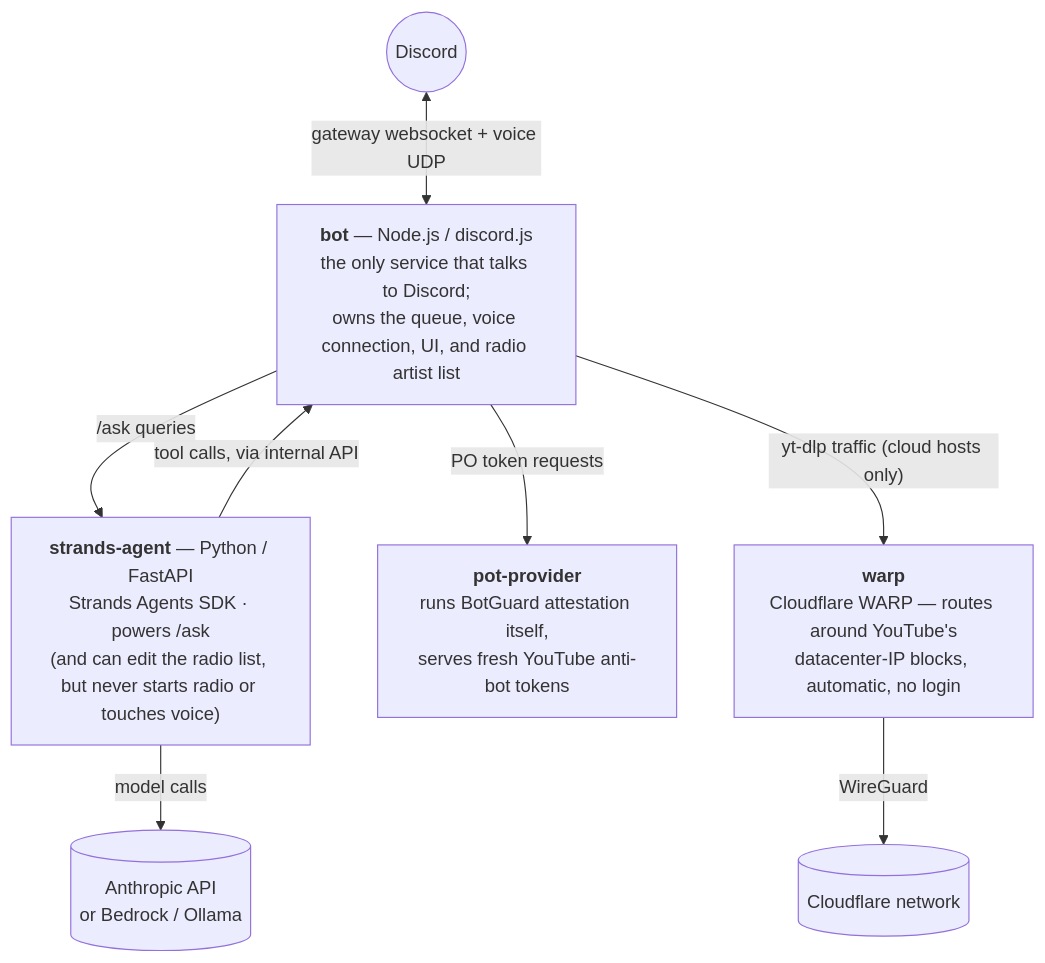
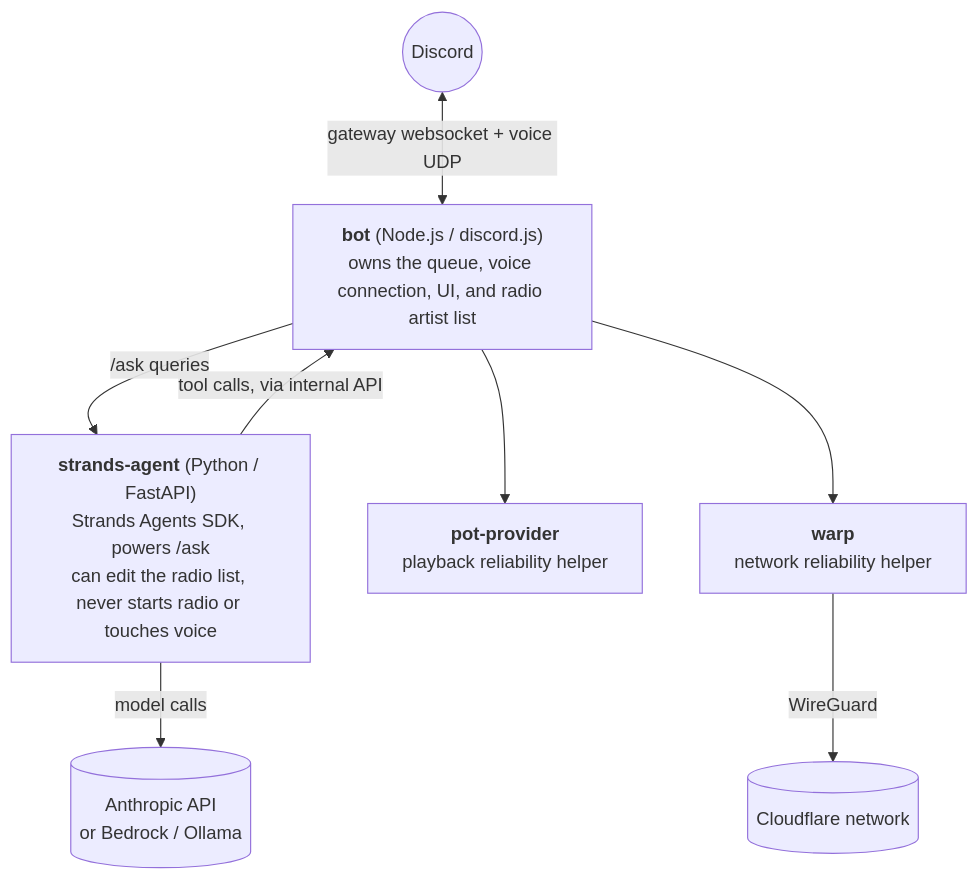
One commit to mishkamouse/dj-tyga-discord-music-bot changed the diagram in README.md. Above: the diagram before and after it, drawn with Mermaid. The commit also changed other lines of this file and 38 other files, not shown here.

````diff
--- a/README.md
+++ b/README.md
@@ -107,17 +98,17 @@
 ```mermaid
 flowchart TD
     Discord((Discord)) <-->|gateway websocket + voice UDP| Bot
 
-    Bot["<b>bot</b> — Node.js / discord.js<br/>the only service that talks to Discord;<br/>owns the queue, voice connection, UI, and radio artist list"]
+    Bot["<b>bot</b> (Node.js / discord.js)<br/>owns the queue, voice connection, UI, and radio artist list"]
     Bot -->|"/ask queries"| Agent
     Agent -->|"tool calls, via internal API"| Bot
-    Bot -->|PO token requests| Pot
-    Bot -->|"yt-dlp traffic (cloud hosts only)"| Warp
+    Bot --> Pot
+    Bot --> Warp
 
-    Agent["<b>strands-agent</b> — Python / FastAPI<br/>Strands Agents SDK · powers /ask<br/>(and can edit the radio list, but never starts radio or touches voice)"]
+    Agent["<b>strands-agent</b> (Python / FastAPI)<br/>Strands Agents SDK, powers /ask<br/>can edit the radio list, never starts radio or touches voice"]
     Agent -->|model calls| LLM[("Anthropic API<br/>or Bedrock / Ollama")]
 
-    Pot["<b>pot-provider</b><br/>runs BotGuard attestation itself,<br/>serves fresh YouTube anti-bot tokens"]
-    Warp["<b>warp</b><br/>Cloudflare WARP — routes around YouTube's<br/>datacenter-IP blocks, automatic, no login"]
+    Pot["<b>pot-provider</b><br/>playback reliability helper"]
+    Warp["<b>warp</b><br/>network reliability helper"]
     Warp -->|WireGuard| Cloudflare[("Cloudflare network")]
 ```
````
